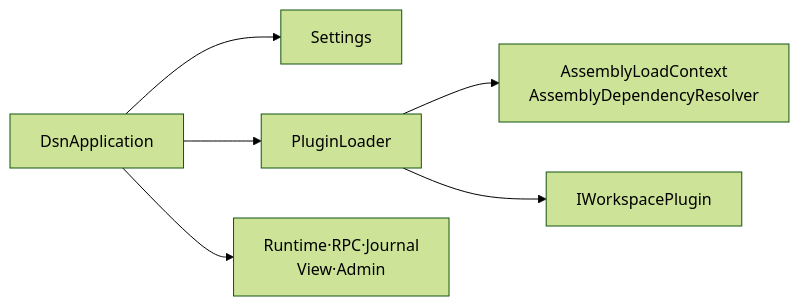
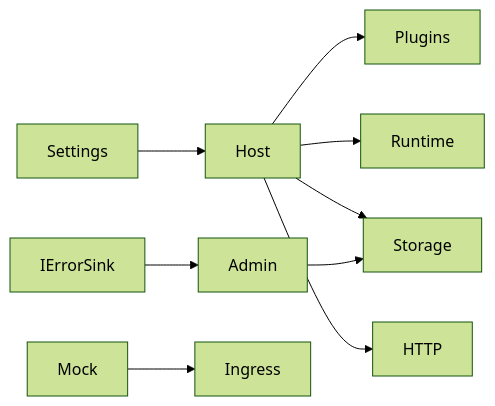
Before and after one commit to south-hive/project-dsn: the sixth of 6 diagrams in docs/05-component-design.md, drawn with Mermaid (forest theme). The commit also changed other lines of this file and 69 other files, not shown here.

````diff
--- a/docs/05-component-design.md
+++ b/docs/05-component-design.md
@@ -210,8 +117,9 @@
 ```mermaid
 flowchart LR
-    A["DsnApplication"] --> S["Settings"]
-    A --> L["PluginLoader"]
-    L --> C["AssemblyLoadContext<br/>AssemblyDependencyResolver"]
-    L --> P["IWorkspacePlugin"]
-    A --> M["Runtime·RPC·Journal<br/>View·Admin"]
+    Settings --> Host --> Plugins
+    Host --> Runtime
+    Host --> Storage
+    Host --> HTTP
+    Errors["IErrorSink"] --> Admin --> Storage
+    Mock --> Ingress
 ```
````
